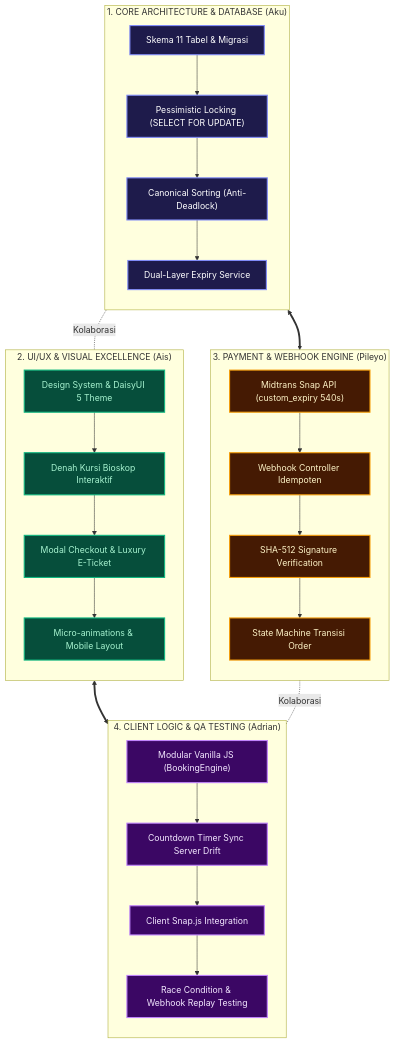
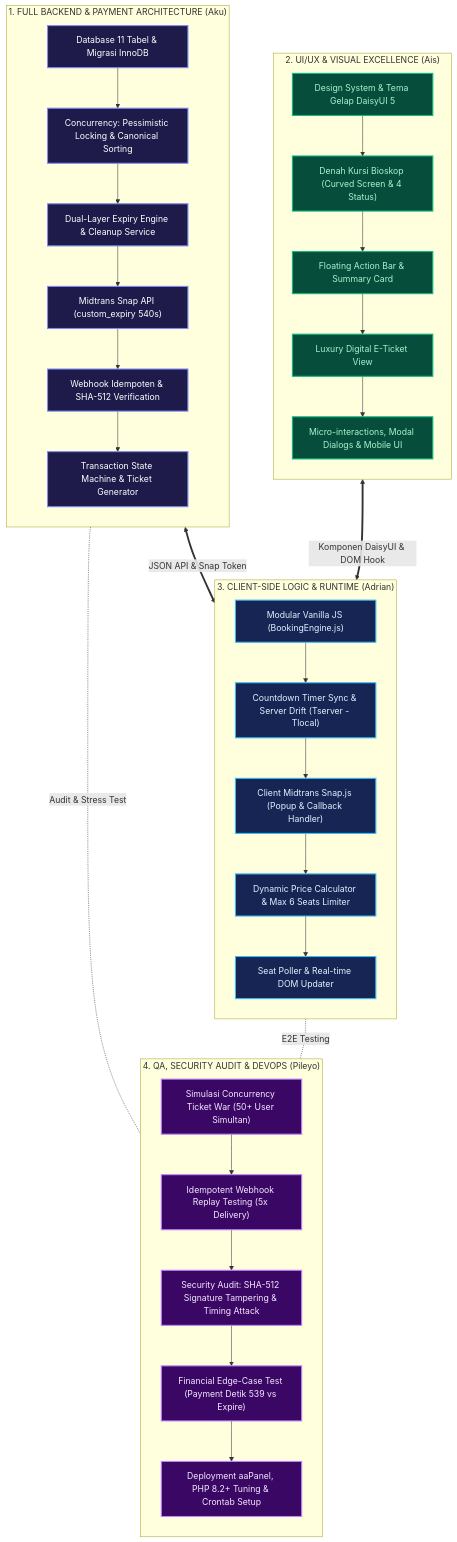
Before and after one commit to Hnzsama/nexus: the first of 2 diagrams in docs/08-jobdesk-team.md, drawn with Mermaid. The commit also changed other lines of this file and 1 other file, not shown here.

Commit message:
refactor(docs): assign 100% backend to Aku, visual styling to Ais, client JS logic to Adrian, QA & DevOps to Pileyo

````diff
--- a/docs/08-jobdesk-team.md
+++ b/docs/08-jobdesk-team.md
@@ -20,46 +20,51 @@
 ```mermaid
 flowchart TD
-    subgraph S1["1. CORE ARCHITECTURE & DATABASE (Aku)"]
+    subgraph S1["1. FULL BACKEND & PAYMENT ARCHITECTURE (Aku)"]
         direction TB
-        A1["Skema 11 Tabel & Migrasi"] --> A2["Pessimistic Locking (SELECT FOR UPDATE)"]
-        A2 --> A3["Canonical Sorting (Anti-Deadlock)"]
-        A3 --> A4["Dual-Layer Expiry Service"]
+        A1["Database 11 Tabel & Migrasi InnoDB"] --> A2["Concurrency: Pessimistic Locking & Canonical Sorting"]
+        A2 --> A3["Dual-Layer Expiry Engine & Cleanup Service"]
+        A3 --> A4["Midtrans Snap API (custom_expiry 540s)"]
+        A4 --> A5["Webhook Idempoten & SHA-512 Verification"]
+        A5 --> A6["Transaction State Machine & Ticket Generator"]
     end
 
     subgraph S2["2. UI/UX & VISUAL EXCELLENCE (Ais)"]
         direction TB
-        B1["Design System & DaisyUI 5 Theme"] --> B2["Denah Kursi Bioskop Interaktif"]
-        B2 --> B3["Modal Checkout & Luxury E-Ticket"]
-        B3 --> B4["Micro-animations & Mobile Layout"]
+        B1["Design System & Tema Gelap DaisyUI 5"] --> B2["Denah Kursi Bioskop (Curved Screen & 4 Status)"]
+        B2 --> B3["Floating Action Bar & Summary Card"]
+        B3 --> B4["Luxury Digital E-Ticket View"]
+        B4 --> B5["Micro-interactions, Modal Dialogs & Mobile UI"]
     end
 
-    subgraph S3["3. PAYMENT & WEBHOOK ENGINE (Pileyo)"]
+    subgraph S3["3. CLIENT-SIDE LOGIC & RUNTIME (Adrian)"]
         direction TB
-        C1["Midtrans Snap API (custom_expiry 540s)"] --> C2["Webhook Controller Idempoten"]
-        C2 --> C3["SHA-512 Signature Verification"]
-        C3 --> C4["State Machine Transisi Order"]
+        C1["Modular Vanilla JS (BookingEngine.js)"] --> C2["Countdown Timer Sync & Server Drift (Tserver - Tlocal)"]
+        C2 --> C3["Client Midtrans Snap.js (Popup & Callback Handler)"]
+        C3 --> C4["Dynamic Price Calculator & Max 6 Seats Limiter"]
+        C4 --> C5["Seat Poller & Real-time DOM Updater"]
     end
 
-    subgraph S4["4. CLIENT LOGIC & QA TESTING (Adrian)"]
+    subgraph S4["4. QA, SECURITY AUDIT & DEVOPS (Pileyo)"]
         direction TB
-        D1["Modular Vanilla JS (BookingEngine)"] --> D2["Countdown Timer Sync Server Drift"]
-        D2 --> D3["Client Snap.js Integration"]
-        D3 --> D4["Race Condition & Webhook Replay Testing"]
+        D1["Simulasi Concurrency Ticket War (50+ User Simultan)"] --> D2["Idempotent Webhook Replay Testing (5x Delivery)"]
+        D2 --> D3["Security Audit: SHA-512 Signature Tampering & Timing Attack"]
+        D3 --> D4["Financial Edge-Case Test (Payment Detik 539 vs Expire)"]
+        D4 --> D5["Deployment aaPanel, PHP 8.2+ Tuning & Crontab Setup"]
     end
 
-    S1 <==> S3
-    S2 <==> S4
-    S1 -. Kolaborasi .- S2
-    S3 -. Kolaborasi .- S4
+    S1 <==>|JSON API & Snap Token| S3
+    S2 <==>|Komponen DaisyUI & DOM Hook| S3
+    S1 -. Audit & Stress Test .- S4
+    S3 -. E2E Testing .- S4
 
     classDef default fill:#0f172a,stroke:#6366f1,stroke-width:1.5px,color:#f8fafc;
     classDef lead fill:#1e1b4b,stroke:#818cf8,stroke-width:2px,color:#ffffff;
     classDef ui fill:#064e3b,stroke:#10b981,stroke-width:2px,color:#a7f3d0;
-    classDef pay fill:#451a03,stroke:#f59e0b,stroke-width:2px,color:#fef3c7;
+    classDef client fill:#172554,stroke:#38bdf8,stroke-width:2px,color:#e0f2fe;
     classDef qa fill:#3b0764,stroke:#c084fc,stroke-width:2px,color:#f3e8ff;
 
-    class A1,A2,A3,A4 lead;
-    class B1,B2,B3,B4 ui;
-    class C1,C2,C3,C4 pay;
-    class D1,D2,D3,D4 qa;
+    class A1,A2,A3,A4,A5,A6 lead;
+    class B1,B2,B3,B4,B5 ui;
+    class C1,C2,C3,C4,C5 client;
+    class D1,D2,D3,D4,D5 qa;
 ```
````
